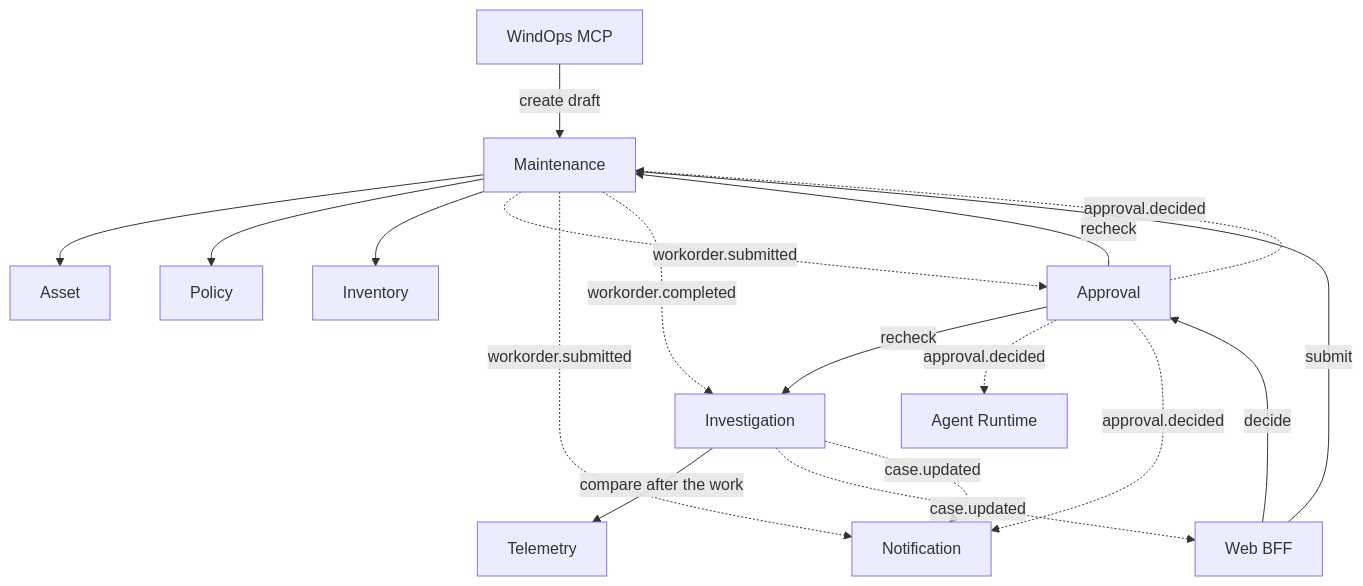
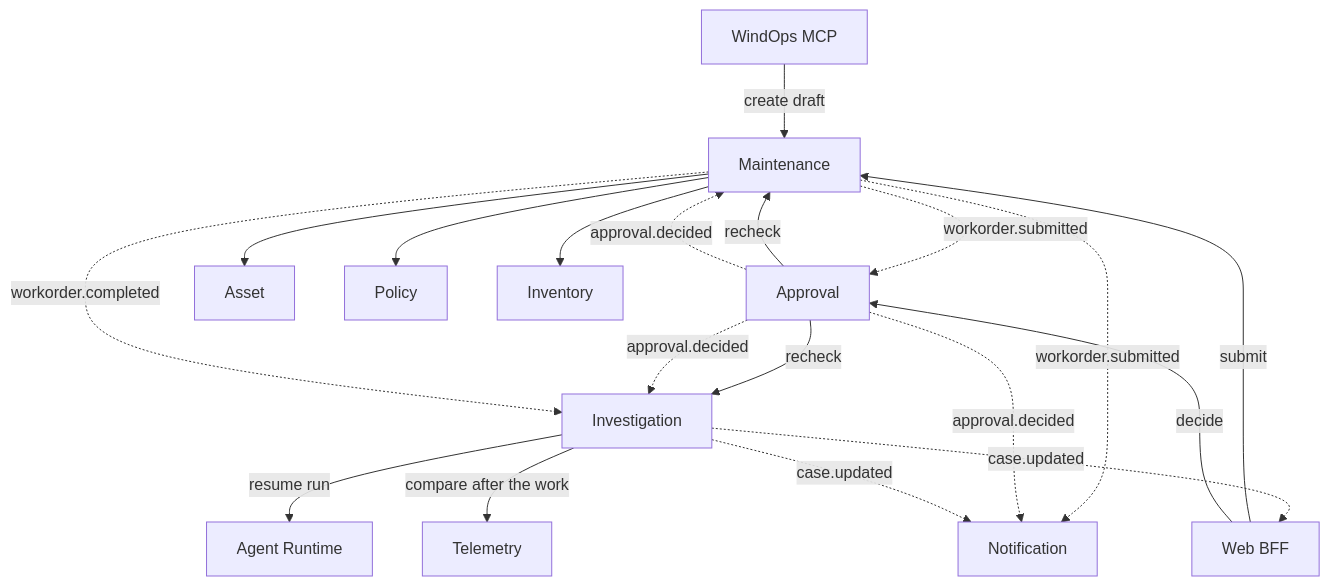
Before and after one commit to wasif1024/windops-ai: the third of 5 diagrams in docs/service-map.md, drawn with Mermaid. The commit also changed other lines of this file and 39 other files, not shown here.

````diff
--- a/docs/service-map.md
+++ b/docs/service-map.md
@@ -100,20 +100,21 @@
 ```mermaid
 flowchart TB
     Core["WindOps MCP"] -->|create draft| Maintenance
     BFF["Web BFF"] -->|submit| Maintenance
     BFF -->|decide| Approval
     Maintenance --> Asset
     Maintenance --> Policy
     Maintenance --> Inventory
     Maintenance -.->|workorder.submitted| Approval
     Maintenance -.->|workorder.submitted| Notification
     Approval -->|recheck| Maintenance
     Approval -->|recheck| Investigation
-    Approval -.->|approval.decided| Runtime["Agent Runtime"]
+    Approval -.->|approval.decided| Investigation
+    Investigation -->|resume run| Runtime["Agent Runtime"]
     Approval -.->|approval.decided| Maintenance
     Approval -.->|approval.decided| Notification
     Maintenance -.->|workorder.completed| Investigation
     Investigation -->|compare after the work| Telemetry
     Investigation -.->|case.updated| BFF
     Investigation -.->|case.updated| Notification
 ```
````
